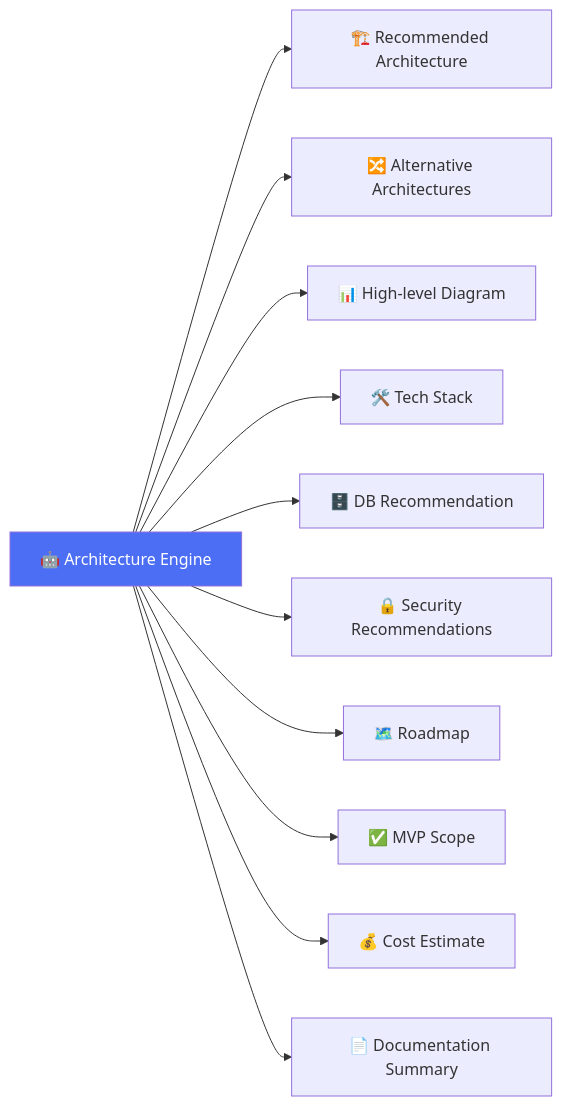
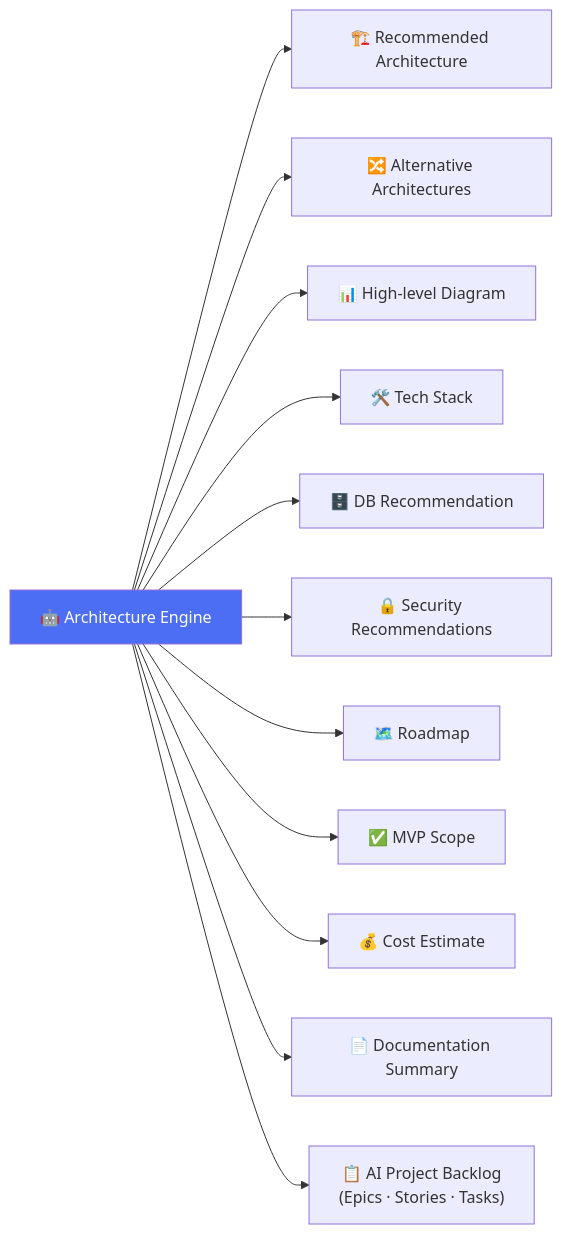
One commit to hasan4adnan/quantiliom-ai-website changed the tenth of 23 diagrams in QuantiliomAiCompany.md. Above: the diagram before and after it, drawn with Mermaid. The commit also changed other lines of this file and 1 other file, not shown here.

````diff
--- a/QuantiliomAiCompany.md
+++ b/QuantiliomAiCompany.md
@@ -553,15 +553,16 @@
 ```mermaid
 graph LR
     AE["🤖 Architecture Engine"] --> O1["🏗️ Recommended Architecture"]
     AE --> O2["🔀 Alternative Architectures"]
     AE --> O3["📊 High-level Diagram"]
     AE --> O4["🛠️ Tech Stack"]
     AE --> O5["🗄️ DB Recommendation"]
     AE --> O6["🔒 Security Recommendations"]
     AE --> O7["🗺️ Roadmap"]
     AE --> O8["✅ MVP Scope"]
     AE --> O9["💰 Cost Estimate"]
     AE --> O10["📄 Documentation Summary"]
+    AE --> O11["📋 AI Project Backlog\n(Epics · Stories · Tasks)"]
 
     style AE fill:#4c6ef5,color:#fff
 ```
````
